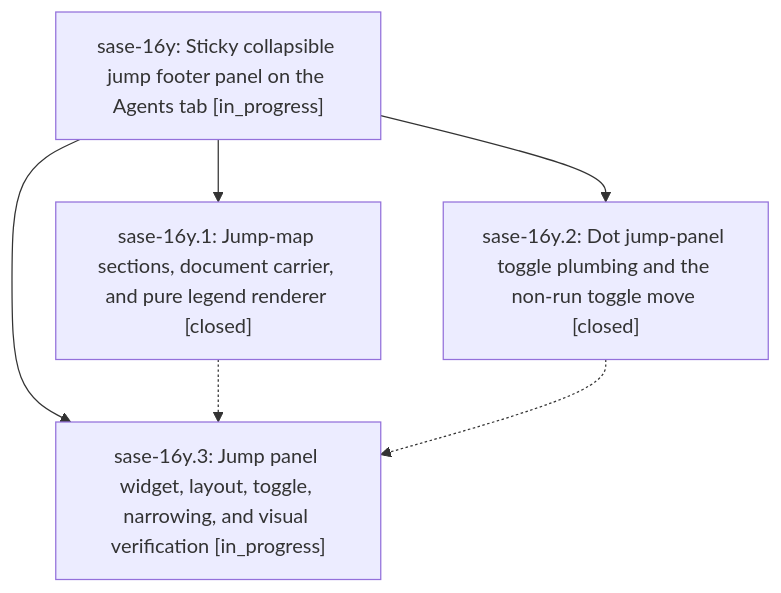
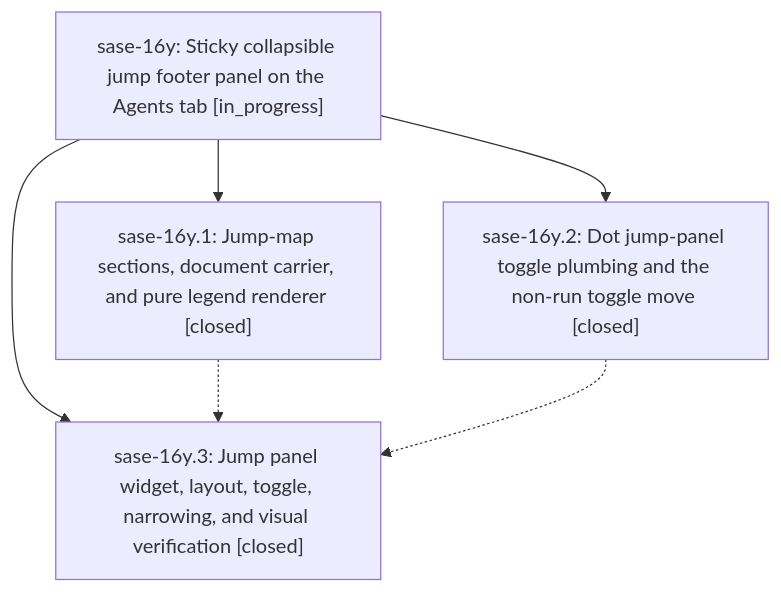
One commit to sase-org/sase--beads changed the diagram in pages/sase-16y/README.md. Above: the diagram before and after it, drawn with Mermaid. The commit also changed other lines of this file and 3 other files, not shown here.

````diff
--- a/pages/sase-16y/README.md
+++ b/pages/sase-16y/README.md
@@ -24,12 +24,12 @@
 ```mermaid
 flowchart TD
     n0["sase-16y: Sticky collapsible jump footer panel on the Agents tab [in_progress]"]
     n1["sase-16y.1: Jump-map sections, document carrier, and pure legend renderer [closed]"]
     n2["sase-16y.2: Dot jump-panel toggle plumbing and the non-run toggle move [closed]"]
-    n3["sase-16y.3: Jump panel widget, layout, toggle, narrowing, and visual verification [in_progress]"]
+    n3["sase-16y.3: Jump panel widget, layout, toggle, narrowing, and visual verification [closed]"]
     n0 --> n1
     n0 --> n2
     n0 --> n3
     n1 -.-> n3
     n2 -.-> n3
 ```
````
